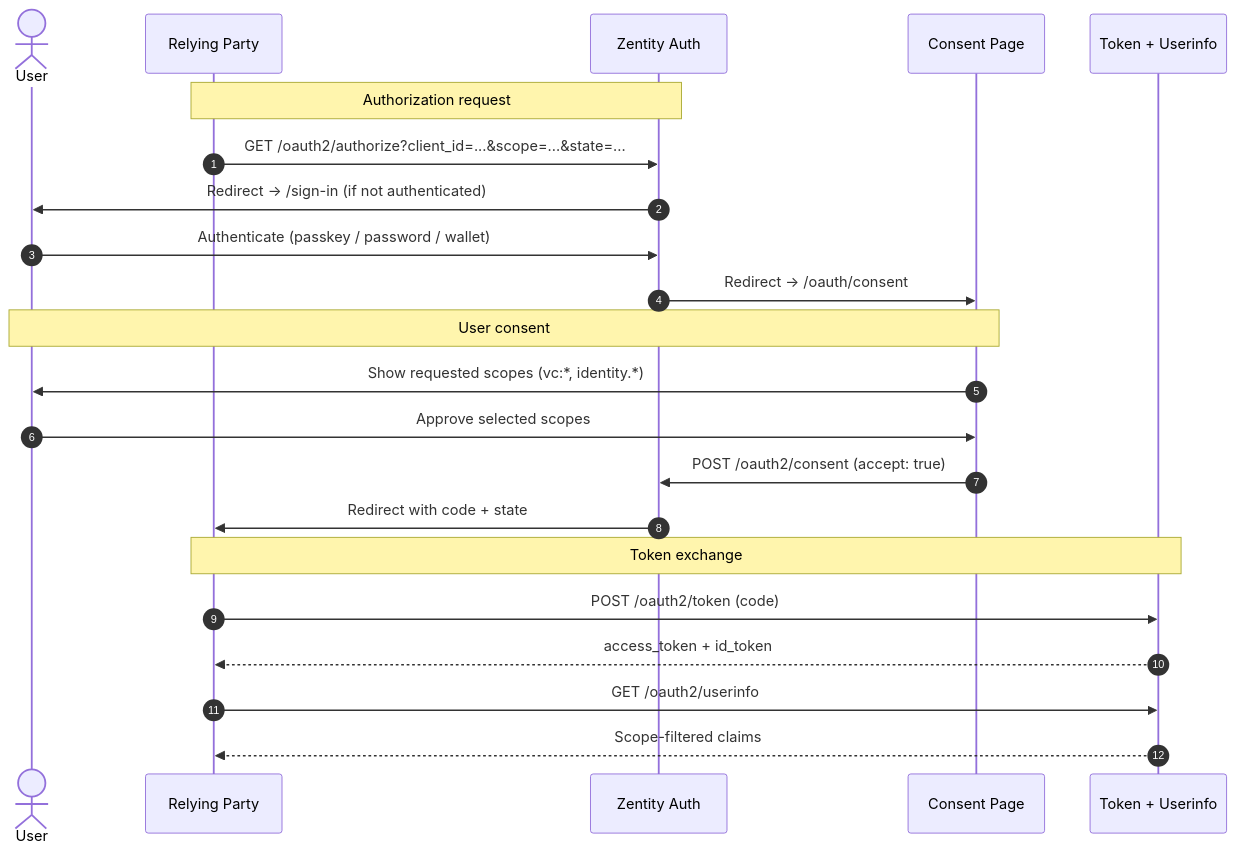
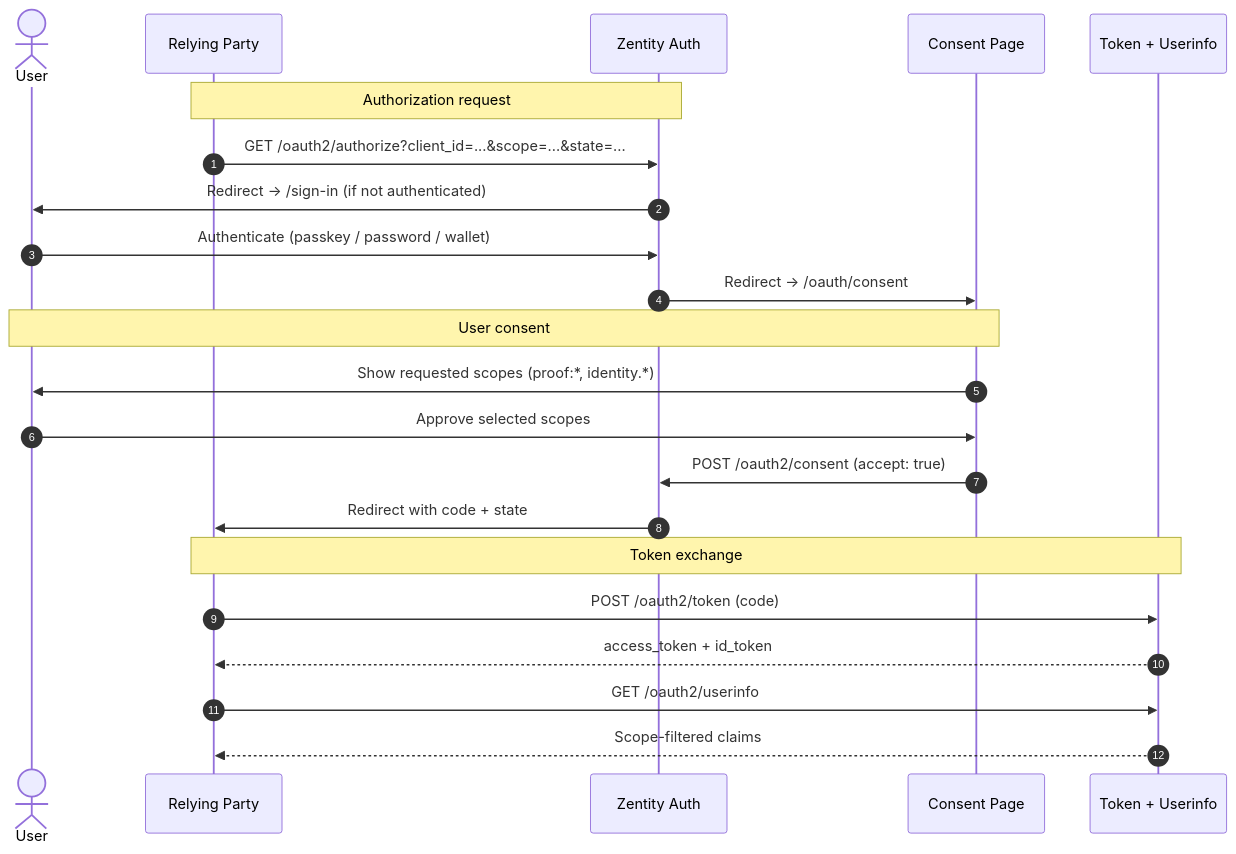
The diagram in docs/oauth-integrations.md (gustavovalverde/zentity), drawn with Mermaid before and after one commit. The commit also changed other lines of this file and 44 other files, not shown here.

First line of the commit message:
refactor(web): ephemeral identity delivery and proof scope rename

````diff
--- a/docs/oauth-integrations.md
+++ b/docs/oauth-integrations.md
@@ -20,27 +20,27 @@
 ```mermaid
 sequenceDiagram
   autonumber
   actor User
   participant RP as Relying Party
   participant Auth as Zentity Auth
   participant Consent as Consent Page
   participant API as Token + Userinfo
 
   Note over RP,Auth: Authorization request
   RP->>Auth: GET /oauth2/authorize?client_id=...&scope=...&state=...
   Auth->>User: Redirect → /sign-in (if not authenticated)
   User->>Auth: Authenticate (passkey / password / wallet)
   Auth->>Consent: Redirect → /oauth/consent
 
   Note over User,Consent: User consent
-  Consent->>User: Show requested scopes (vc:*, identity.*)
+  Consent->>User: Show requested scopes (proof:*, identity.*)
   User->>Consent: Approve selected scopes
   Consent->>Auth: POST /oauth2/consent (accept: true)
   Auth->>RP: Redirect with code + state
 
   Note over RP,API: Token exchange
   RP->>API: POST /oauth2/token (code)
   API-->>RP: access_token + id_token
   RP->>API: GET /oauth2/userinfo
   API-->>RP: Scope-filtered claims
 ```
````
